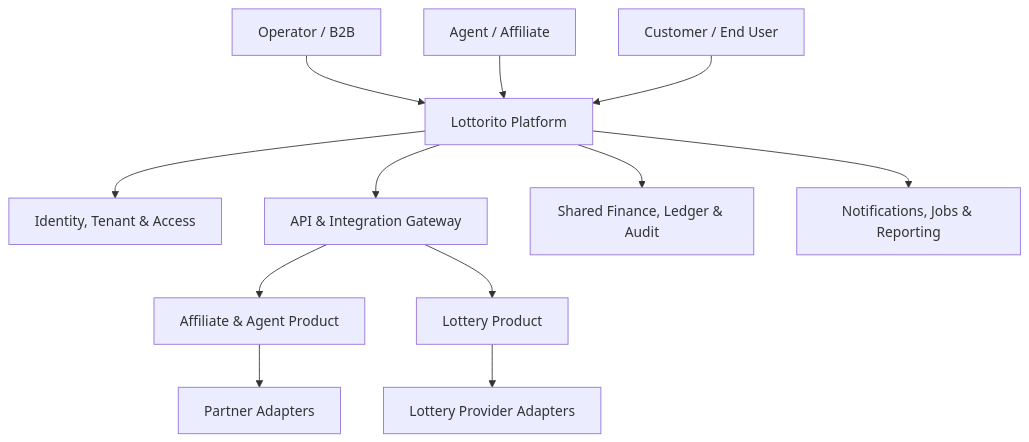
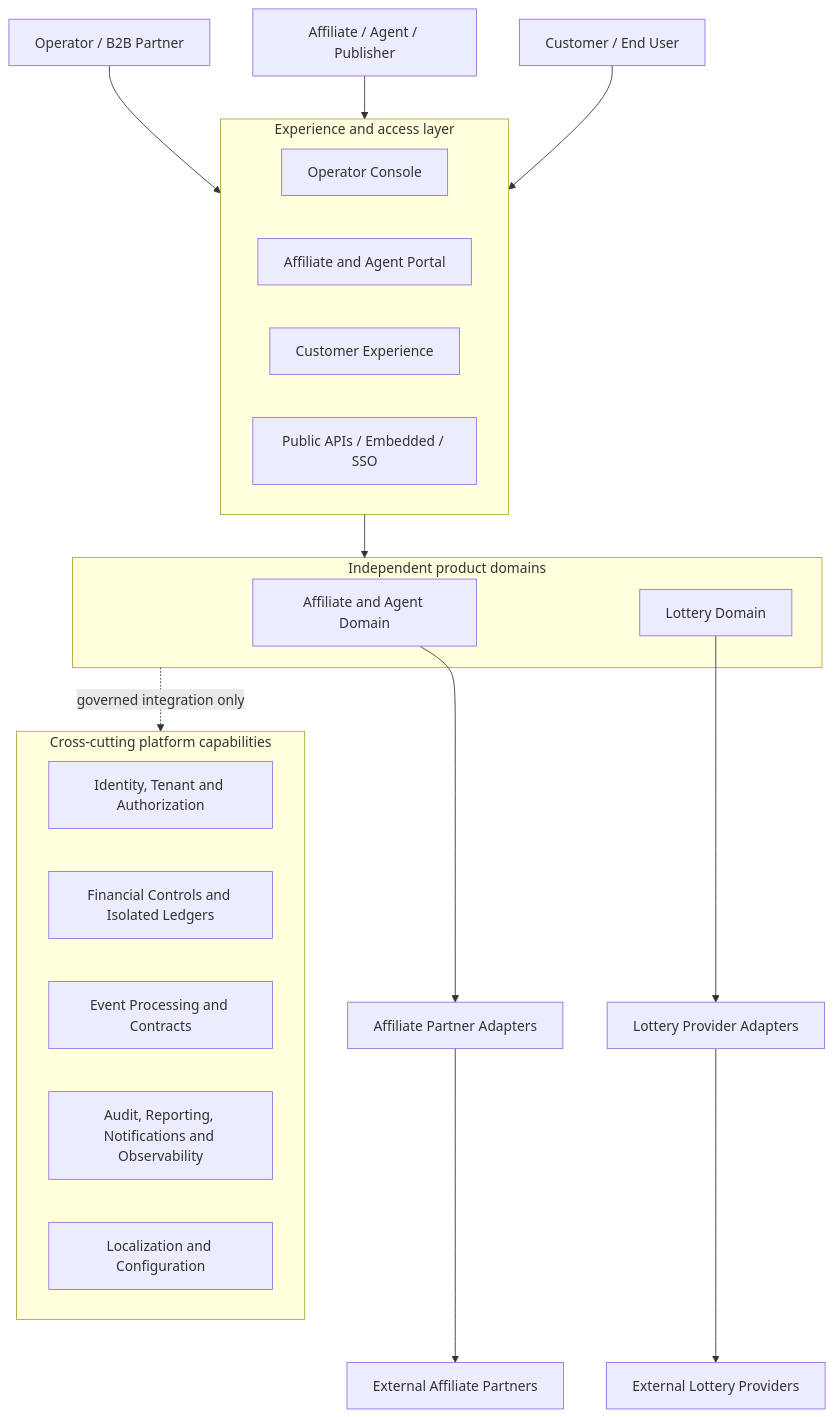
Before and after one commit to tecpey/lottorito-platform: the first of 2 diagrams in README.md, drawn with Mermaid. The commit also changed other lines of this file, not shown here.

Commit message:
docs(readme): refine bilingual platform vision after executive review

````diff
--- a/README.md
+++ b/README.md
@@ -46,17 +72,36 @@
 ```mermaid
 flowchart TB
-    U[Operator / B2B] --> P[ Lottorito Platform ]
-    A[Agent / Affiliate] --> P
-    C[Customer / End User] --> P
+    OP[Operator / B2B Partner] --> SURF
+    AG[Affiliate / Agent / Publisher] --> SURF
+    CU[Customer / End User] --> SURF
 
-    P --> I[Identity, Tenant & Access]
-    P --> G[API & Integration Gateway]
-    P --> F[Shared Finance, Ledger & Audit]
-    P --> N[Notifications, Jobs & Reporting]
+    subgraph SURF[Experience and access layer]
+      OUI[Operator Console]
+      AUI[Affiliate and Agent Portal]
+      CUI[Customer Experience]
+      API[Public APIs / Embedded / SSO]
+    end
 
-    G --> AF[Affiliate & Agent Product]
-    G --> LO[Lottery Product]
+    SURF --> CORE
 
-    AF --> PA[Partner Adapters]
-    LO --> PL[Lottery Provider Adapters]
+    subgraph CORE[Independent product domains]
+      AFF[Affiliate and Agent Domain]
+      LOT[Lottery Domain]
+    end
+
+    AFF --> AAD[Affiliate Partner Adapters]
+    LOT --> LAD[Lottery Provider Adapters]
+
+    CORE -. governed integration only .-> SHARED
+
+    subgraph SHARED[Cross-cutting platform capabilities]
+      IAM[Identity, Tenant and Authorization]
+      FIN[Financial Controls and Isolated Ledgers]
+      EVT[Event Processing and Contracts]
+      OPS[Audit, Reporting, Notifications and Observability]
+      LOC[Localization and Configuration]
+    end
+
+    AAD --> EXT1[External Affiliate Partners]
+    LAD --> EXT2[External Lottery Providers]
 ```
````
